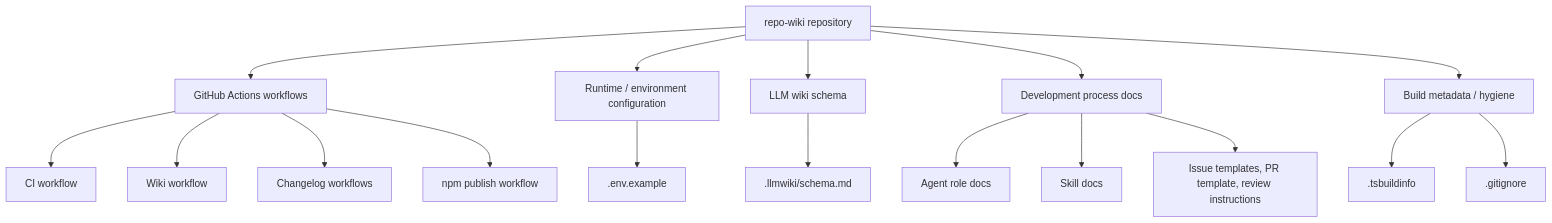
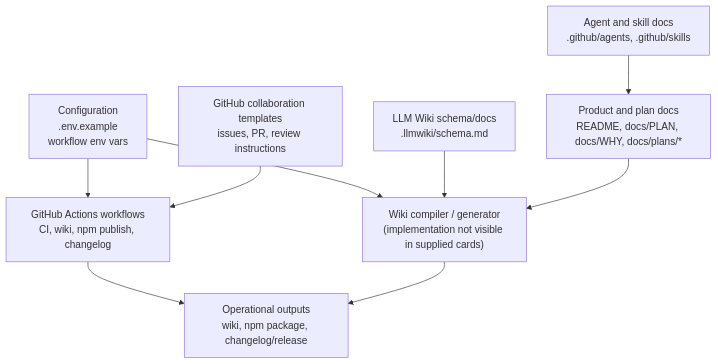
Before and after one commit to mfittko/repo-wiki: the second of 4 diagrams in Architecture.md, drawn with Mermaid. The commit also changed other lines of this file and 48 other files, not shown here.

Commit message:
Compile repository wiki 2026-06-13T21:32:59.895Z

````diff
--- a/Architecture.md
+++ b/Architecture.md
@@ -156,25 +191,20 @@
 ```mermaid
 flowchart TB
-  Repo["repo-wiki repository"]
+    Config["Configuration<br/>.env.example<br/>workflow env vars"]
+    Workflows["GitHub Actions workflows<br/>CI, wiki, npm publish, changelog"]
+    WikiCompiler["Wiki compiler / generator<br/>(implementation not visible in supplied cards)"]
+    Schema["LLM Wiki schema/docs<br/>.llmwiki/schema.md"]
+    Docs["Product and plan docs<br/>README, docs/PLAN, docs/WHY, docs/plans/*"]
+    Agents["Agent and skill docs<br/>.github/agents, .github/skills"]
+    Collaboration["GitHub collaboration templates<br/>issues, PR, review instructions"]
+    Outputs["Operational outputs<br/>wiki, npm package, changelog/release"]
 
-  Repo --> Workflows["GitHub Actions workflows"]
-  Workflows --> CI["CI workflow"]
-  Workflows --> Wiki["Wiki workflow"]
-  Workflows --> ChangeLog["Changelog workflows"]
-  Workflows --> Publish["npm publish workflow"]
-
-  Repo --> Config["Runtime / environment configuration"]
-  Config --> EnvExample[".env.example"]
-
-  Repo --> DataModel["LLM wiki schema"]
-  DataModel --> Schema[".llmwiki/schema.md"]
-
-  Repo --> ProcessDocs["Development process docs"]
-  ProcessDocs --> Agents["Agent role docs"]
-  ProcessDocs --> Skills["Skill docs"]
-  ProcessDocs --> IssuePR["Issue templates, PR template, review instructions"]
-
-  Repo --> BuildState["Build metadata / hygiene"]
-  BuildState --> TsBuild[".tsbuildinfo"]
-  BuildState --> GitIgnore[".gitignore"]
+    Config --> Workflows
+    Config --> WikiCompiler
+    Schema --> WikiCompiler
+    Docs --> WikiCompiler
+    Agents --> Docs
+    Collaboration --> Workflows
+    Workflows --> Outputs
+    WikiCompiler --> Outputs
 ```
````
